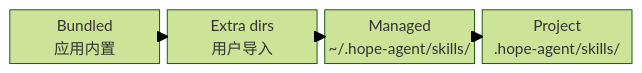
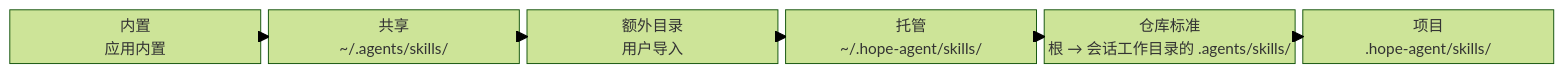
The third of 19 diagrams in mirrors/repos/shiwenwen@hope-agent/docs/architecture/agent/skill-system.md (gabrielmoreira/agent-skills-mirror), drawn with Mermaid (forest theme) before and after one commit. The commit also changed other lines of this file and 1101 other files, not shown here.

````diff
--- a/mirrors/repos/shiwenwen@hope-agent/docs/architecture/agent/skill-system.md
+++ b/mirrors/repos/shiwenwen@hope-agent/docs/architecture/agent/skill-system.md
@@ -174,11 +176,15 @@
 ```mermaid
 block-beta
-    columns 4
-    B["Bundled<br/>应用内置"]
-    E["Extra dirs<br/>用户导入"]
-    M["Managed<br/>~/.hope-agent/skills/"]
-    P["Project<br/>.hope-agent/skills/"]
-    B --> E
+    columns 6
+    B["内置<br/>应用内置"]
+    S["共享<br/>~/.agents/skills/"]
+    E["额外目录<br/>用户导入"]
+    M["托管<br/>~/.hope-agent/skills/"]
+    R["仓库标准<br/>根 → 会话工作目录的 .agents/skills/"]
+    P["项目<br/>.hope-agent/skills/"]
+    B --> S
+    S --> E
     E --> M
-    M --> P
+    M --> R
+    R --> P
 ```
````
